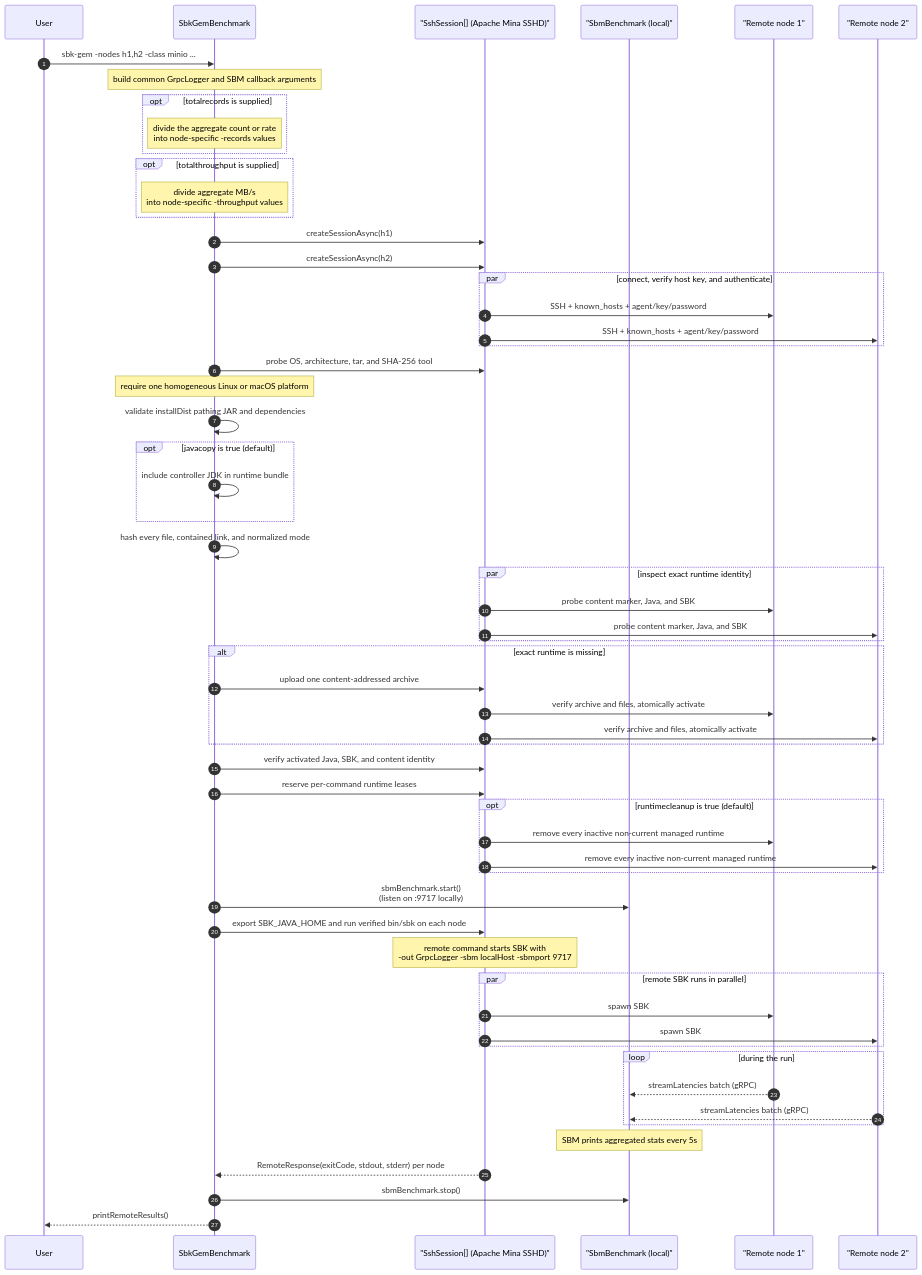
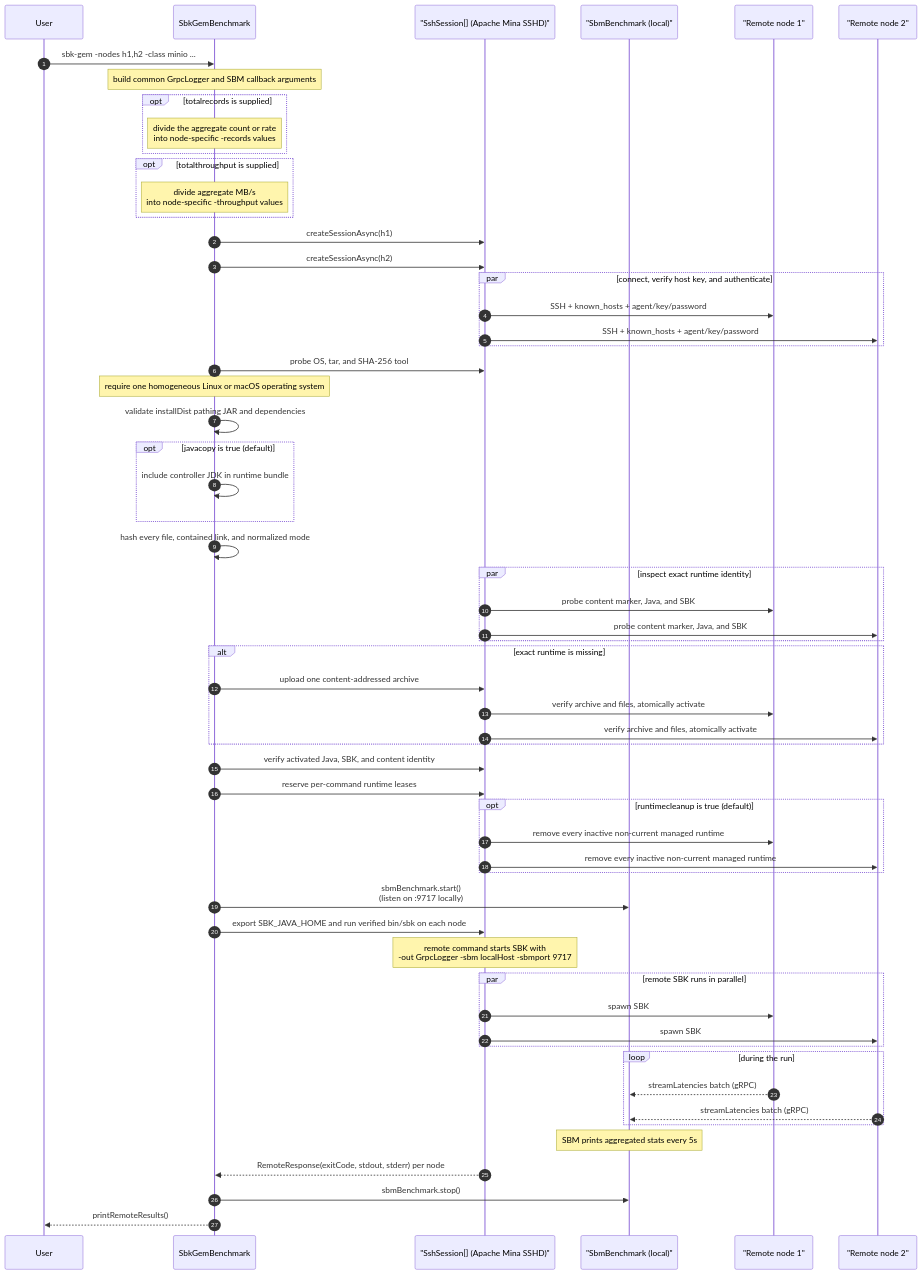
Before and after one commit to kmgowda/SBK: diagram 27 of 43 in docs/sbk-internals.md, drawn with Mermaid. The commit also changed other lines of this file and 9 other files, not shown here.

````diff
--- a/docs/sbk-internals.md
+++ b/docs/sbk-internals.md
@@ -1901,68 +1901,68 @@
 ```mermaid
 sequenceDiagram
     autonumber
     participant User
     participant GEM as SbkGemBenchmark
     participant SSH as "SshSession[] (Apache Mina SSHD)"
     participant SBM as "SbmBenchmark (local)"
     participant N1 as "Remote node 1"
     participant N2 as "Remote node 2"
 
     User->>GEM: sbk-gem -nodes h1,h2 -class minio ...
     Note over GEM: build common GrpcLogger and SBM callback arguments
     opt totalrecords is supplied
         Note over GEM: divide the aggregate count or rate<br/>into node-specific -records values
     end
     opt totalthroughput is supplied
         Note over GEM: divide aggregate MB/s<br/>into node-specific -throughput values
     end
     GEM->>SSH: createSessionAsync(h1)
     GEM->>SSH: createSessionAsync(h2)
     par connect, verify host key, and authenticate
         SSH->>N1: SSH + known_hosts + agent/key/password
         SSH->>N2: SSH + known_hosts + agent/key/password
     end
 
-    GEM->>SSH: probe OS, architecture, tar, and SHA-256 tool
-    Note over GEM: require one homogeneous Linux or macOS platform
+    GEM->>SSH: probe OS, tar, and SHA-256 tool
+    Note over GEM: require one homogeneous Linux or macOS operating system
     GEM->>GEM: validate installDist pathing JAR and dependencies
     opt javacopy is true (default)
         GEM->>GEM: include controller JDK in runtime bundle
     end
     GEM->>GEM: hash every file, contained link, and normalized mode
     par inspect exact runtime identity
         SSH->>N1: probe content marker, Java, and SBK
         SSH->>N2: probe content marker, Java, and SBK
     end
     alt exact runtime is missing
         GEM->>SSH: upload one content-addressed archive
         SSH->>N1: verify archive and files, atomically activate
         SSH->>N2: verify archive and files, atomically activate
     end
     GEM->>SSH: verify activated Java, SBK, and content identity
     GEM->>SSH: reserve per-command runtime leases
     opt runtimecleanup is true (default)
         SSH->>N1: remove every inactive non-current managed runtime
         SSH->>N2: remove every inactive non-current managed runtime
     end
 
     GEM->>SBM: sbmBenchmark.start()<br/>(listen on :9717 locally)
     GEM->>SSH: export SBK_JAVA_HOME and run verified bin/sbk on each node
     Note over SSH: remote command starts SBK with<br/>-out GrpcLogger -sbm localHost -sbmport 9717
 
     par remote SBK runs in parallel
         SSH->>N1: spawn SBK
         SSH->>N2: spawn SBK
     end
 
     loop during the run
         N1-->>SBM: streamLatencies batch (gRPC)
         N2-->>SBM: streamLatencies batch (gRPC)
     end
 
     Note over SBM: SBM prints aggregated stats every 5s
 
     SSH-->>GEM: RemoteResponse(exitCode, stdout, stderr) per node
     GEM->>SBM: sbmBenchmark.stop()
 GEM-->>User: printRemoteResults()
 ```
````
